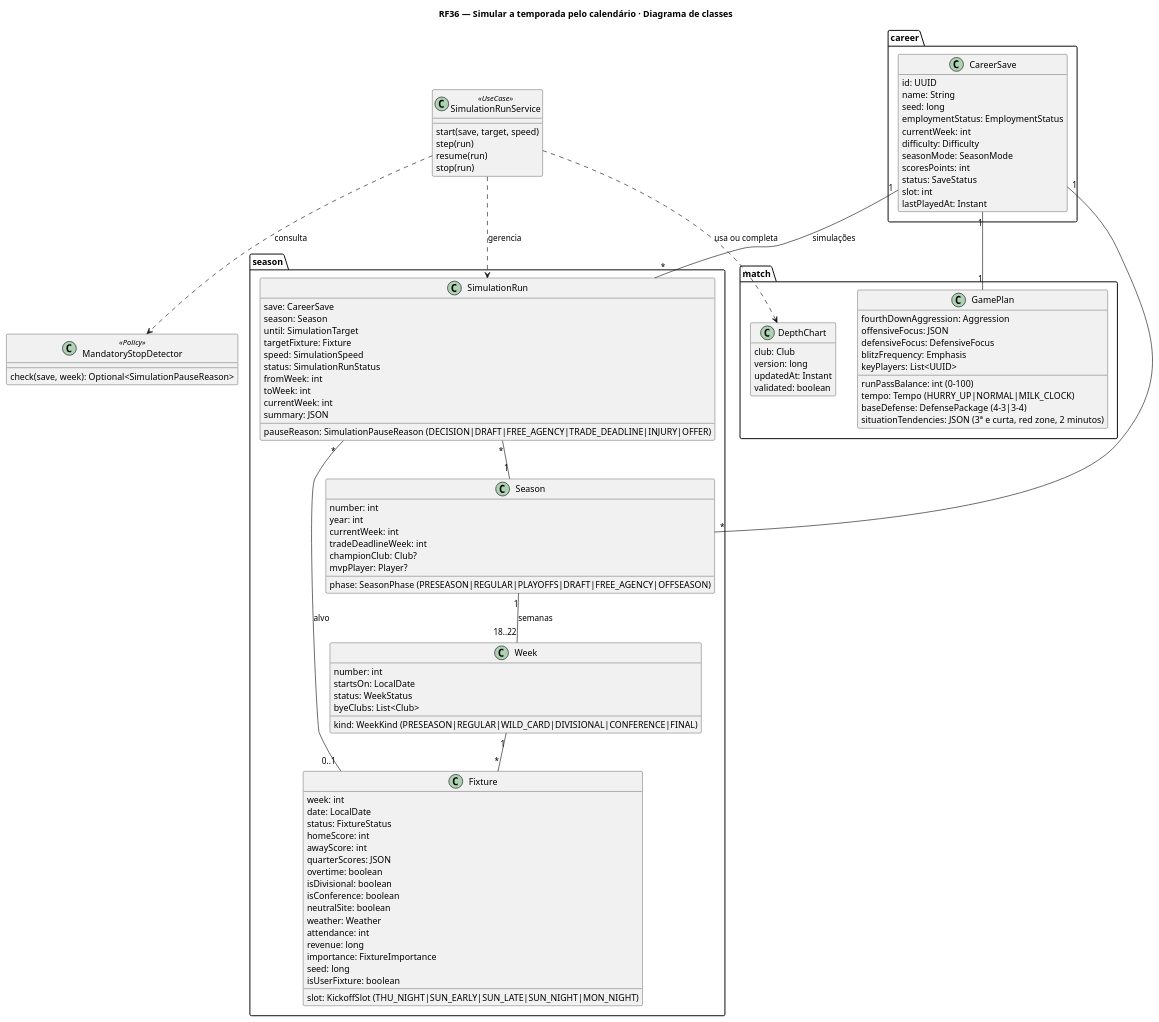
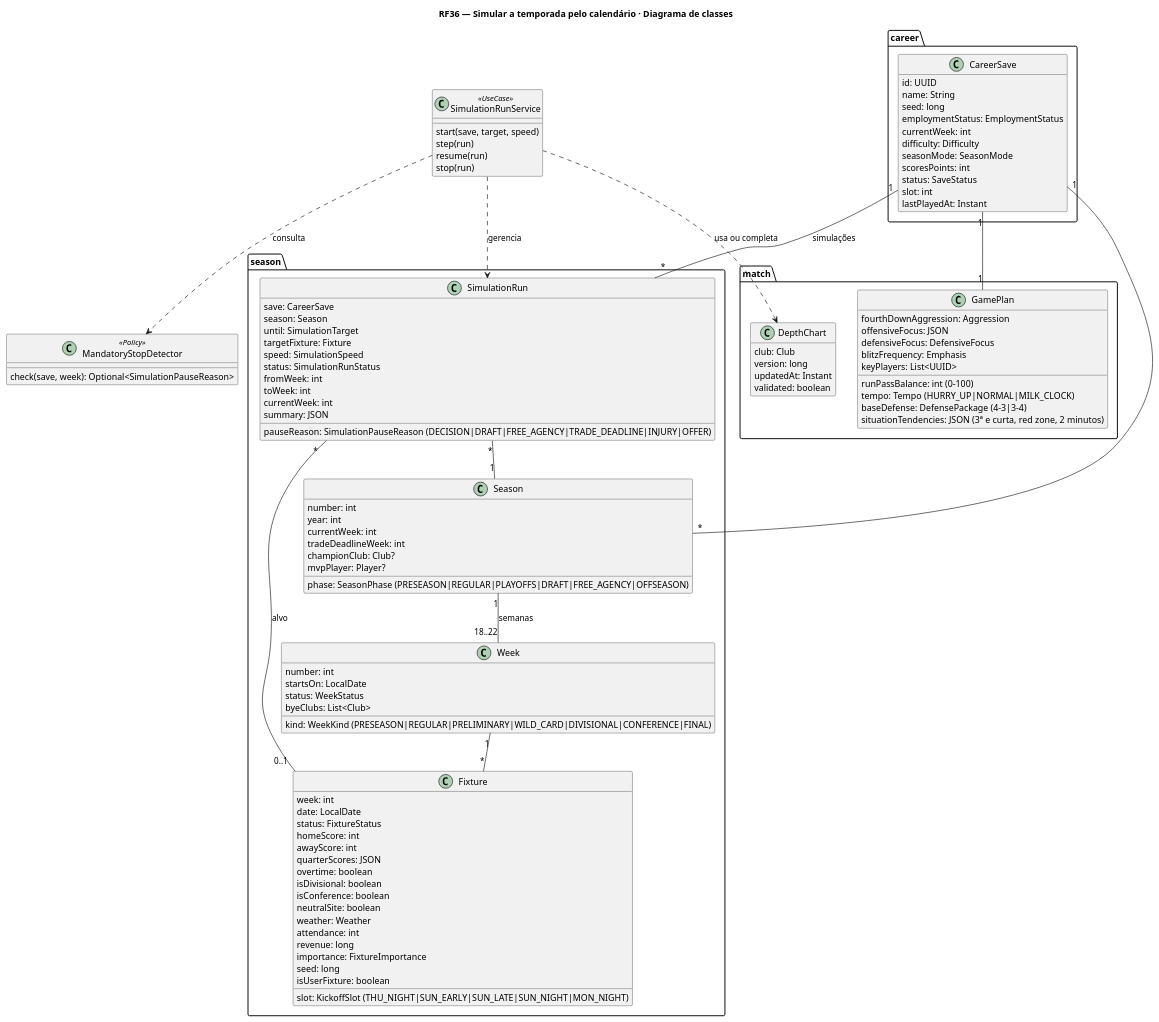
Before and after one commit to MatheusHaliski/Scores-American-Football: the diagram in docs/RF36/RF36-cls.puml, drawn with PlantUML. The commit also changed 43 other files, not shown here.

```diff
--- a/docs/RF36/RF36-cls.puml
+++ b/docs/RF36/RF36-cls.puml
@@ -1,108 +1,108 @@
 @startuml
 title RF36 — Simular a temporada pelo calendário · Diagrama de classes
 skinparam classAttributeIconSize 0
 hide empty methods
 package "season" {
   class SimulationRun {
     save: CareerSave
     season: Season
     until: SimulationTarget
     targetFixture: Fixture
     speed: SimulationSpeed
     status: SimulationRunStatus
     fromWeek: int
     toWeek: int
     currentWeek: int
     pauseReason: SimulationPauseReason (DECISION|DRAFT|FREE_AGENCY|TRADE_DEADLINE|INJURY|OFFER)
     summary: JSON
   }
   class Season {
     number: int
     year: int
     phase: SeasonPhase (PRESEASON|REGULAR|PLAYOFFS|DRAFT|FREE_AGENCY|OFFSEASON)
     currentWeek: int
     tradeDeadlineWeek: int
     championClub: Club?
     mvpPlayer: Player?
   }
   class Week {
     number: int
-    kind: WeekKind (PRESEASON|REGULAR|WILD_CARD|DIVISIONAL|CONFERENCE|FINAL)
+    kind: WeekKind (PRESEASON|REGULAR|PRELIMINARY|WILD_CARD|DIVISIONAL|CONFERENCE|FINAL)
     startsOn: LocalDate
     status: WeekStatus
     byeClubs: List<Club>
   }
   class Fixture {
     week: int
     date: LocalDate
     slot: KickoffSlot (THU_NIGHT|SUN_EARLY|SUN_LATE|SUN_NIGHT|MON_NIGHT)
     status: FixtureStatus
     homeScore: int
     awayScore: int
     quarterScores: JSON
     overtime: boolean
     isDivisional: boolean
     isConference: boolean
     neutralSite: boolean
     weather: Weather
     attendance: int
     revenue: long
     importance: FixtureImportance
     seed: long
     isUserFixture: boolean
   }
 }
 package "career" {
   class CareerSave {
     id: UUID
     name: String
     seed: long
     employmentStatus: EmploymentStatus
     currentWeek: int
     difficulty: Difficulty
     seasonMode: SeasonMode
     scoresPoints: int
     status: SaveStatus
     slot: int
     lastPlayedAt: Instant
   }
 }
 package "match" {
   class DepthChart {
     club: Club
     version: long
     updatedAt: Instant
     validated: boolean
   }
   class GamePlan {
     runPassBalance: int (0–100)
     fourthDownAggression: Aggression
     tempo: Tempo (HURRY_UP|NORMAL|MILK_CLOCK)
     offensiveFocus: JSON
     defensiveFocus: DefensiveFocus
     blitzFrequency: Emphasis
     baseDefense: DefensePackage (4-3|3-4)
     keyPlayers: List<UUID>
     situationTendencies: JSON (3ª e curta, red zone, 2 minutos)
   }
 }
 class SimulationRunService <<UseCase>> {
   start(save, target, speed)
   step(run)
   resume(run)
   stop(run)
 }
 class MandatoryStopDetector <<Policy>> {
   check(save, week): Optional<SimulationPauseReason>
 }
 CareerSave "1" -- "*" Season
 CareerSave "1" -- "1" GamePlan
 CareerSave "1" -- "*" SimulationRun : simulações
 SimulationRun "*" -- "1" Season
 SimulationRun "*" -- "0..1" Fixture : alvo
 Season "1" -- "18..22" Week : semanas
 Week "1" -- "*" Fixture
 SimulationRunService ..> SimulationRun : gerencia
 SimulationRunService ..> MandatoryStopDetector : consulta
 SimulationRunService ..> DepthChart : usa ou completa
 @enduml
```
